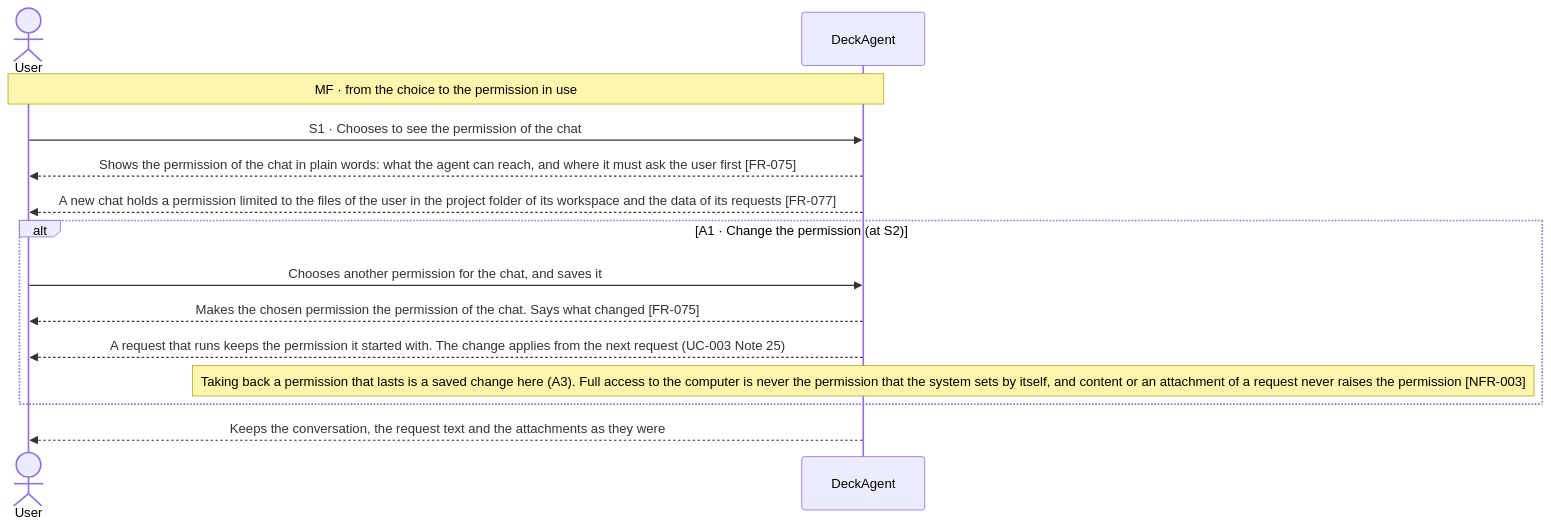
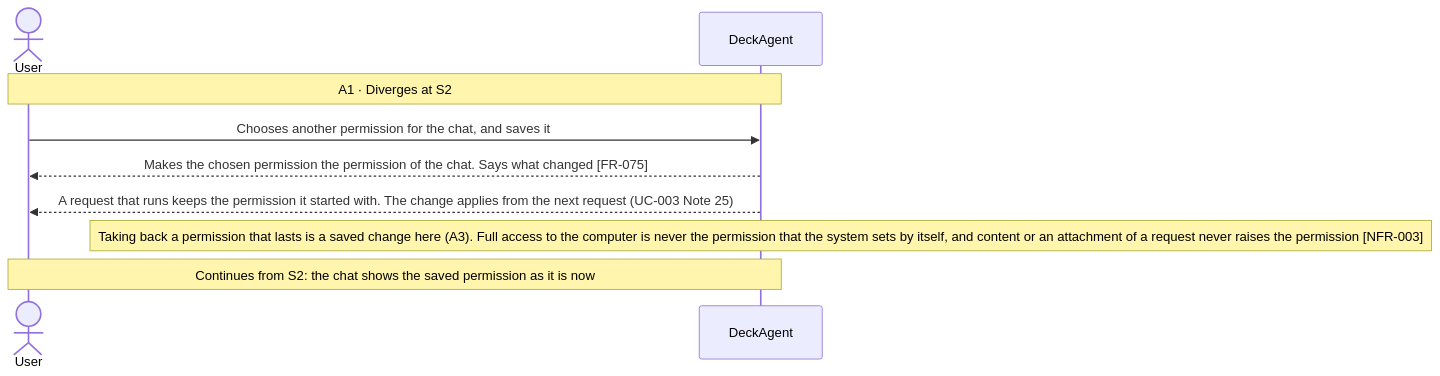
Before and after one commit to Luke23127006/DeckAgent: the second of 4 diagrams in docs/spec/03-use-cases/UC-014.md, drawn with Mermaid. The commit also changed other lines of this file and 25 other files, not shown here.

Commit message:
docs(spec): restructure use cases with main flow first

````diff
--- a/docs/spec/03-use-cases/UC-014.md
+++ b/docs/spec/03-use-cases/UC-014.md
@@ -46,16 +61,11 @@
 ```mermaid
 sequenceDiagram
     actor User
     participant DeckAgent
-    Note over User,DeckAgent: MF · from the choice to the permission in use
-    User->>DeckAgent: S1 · Chooses to see the permission of the chat
-    DeckAgent-->>User: Shows the permission of the chat in plain words: what the agent can reach, and where it must ask the user first [FR-075]
-    DeckAgent-->>User: A new chat holds a permission limited to the files of the user in the project folder of its workspace and the data of its requests [FR-077]
-    alt A1 · Change the permission (at S2)
-        User->>DeckAgent: Chooses another permission for the chat, and saves it
-        DeckAgent-->>User: Makes the chosen permission the permission of the chat. Says what changed [FR-075]
-        DeckAgent-->>User: A request that runs keeps the permission it started with. The change applies from the next request (UC-003 Note 25)
-        note over DeckAgent: Taking back a permission that lasts is a saved change here (A3). Full access to the computer is never the permission that the system sets by itself, and content or an attachment of a request never raises the permission [NFR-003]
-    end
-    DeckAgent-->>User: Keeps the conversation, the request text and the attachments as they were
+    Note over User,DeckAgent: A1 · Diverges at S2
+    User->>DeckAgent: Chooses another permission for the chat, and saves it
+    DeckAgent-->>User: Makes the chosen permission the permission of the chat. Says what changed [FR-075]
+    DeckAgent-->>User: A request that runs keeps the permission it started with. The change applies from the next request (UC-003 Note 25)
+    note over DeckAgent: Taking back a permission that lasts is a saved change here (A3). Full access to the computer is never the permission that the system sets by itself, and content or an attachment of a request never raises the permission [NFR-003]
+    Note over User,DeckAgent: Continues from S2: the chat shows the saved permission as it is now
 ```
````
